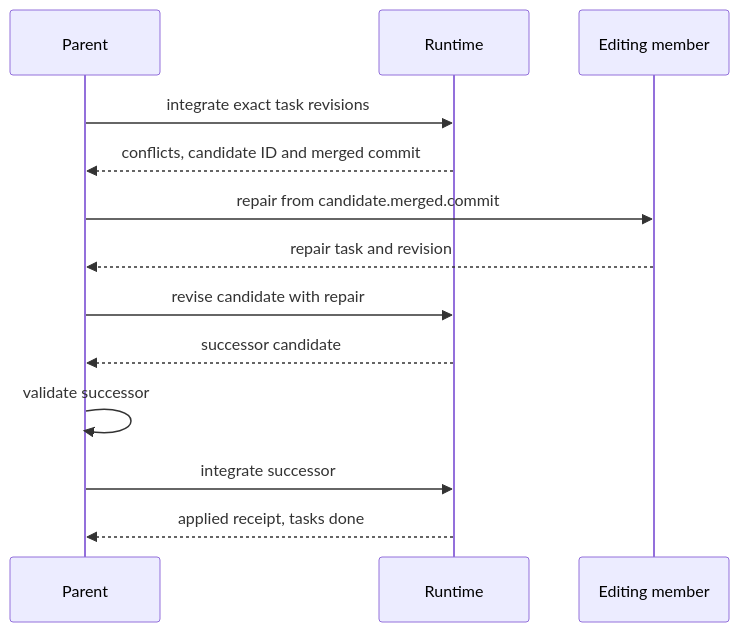
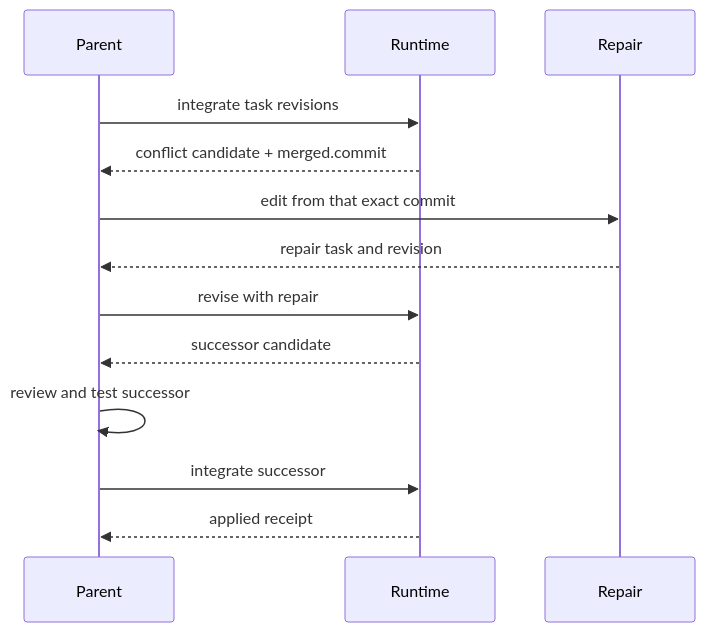
The second of 3 diagrams in docs/WORKFLOWS.md (alexschlessinger/polly), drawn with Mermaid before and after one commit. The commit also changed other lines of this file and 10 other files, not shown here.

````diff
--- a/docs/WORKFLOWS.md
+++ b/docs/WORKFLOWS.md
@@ -204,15 +166,15 @@
 ```mermaid
 sequenceDiagram
     participant Parent
     participant Runtime
-    participant Repair as Editing member
-    Parent->>Runtime: integrate exact task revisions
-    Runtime-->>Parent: conflicts, candidate ID and merged commit
-    Parent->>Repair: repair from candidate.merged.commit
+    participant Repair
+    Parent->>Runtime: integrate task revisions
+    Runtime-->>Parent: conflict candidate + merged.commit
+    Parent->>Repair: edit from that exact commit
     Repair-->>Parent: repair task and revision
-    Parent->>Runtime: revise candidate with repair
+    Parent->>Runtime: revise with repair
     Runtime-->>Parent: successor candidate
-    Parent->>Parent: validate successor
+    Parent->>Parent: review and test successor
     Parent->>Runtime: integrate successor
-    Runtime-->>Parent: applied receipt, tasks done
+    Runtime-->>Parent: applied receipt
 ```
````
